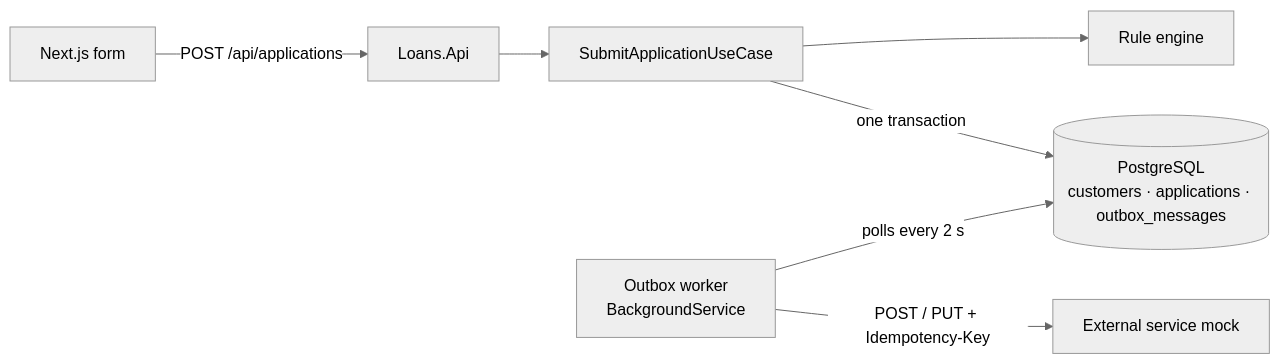
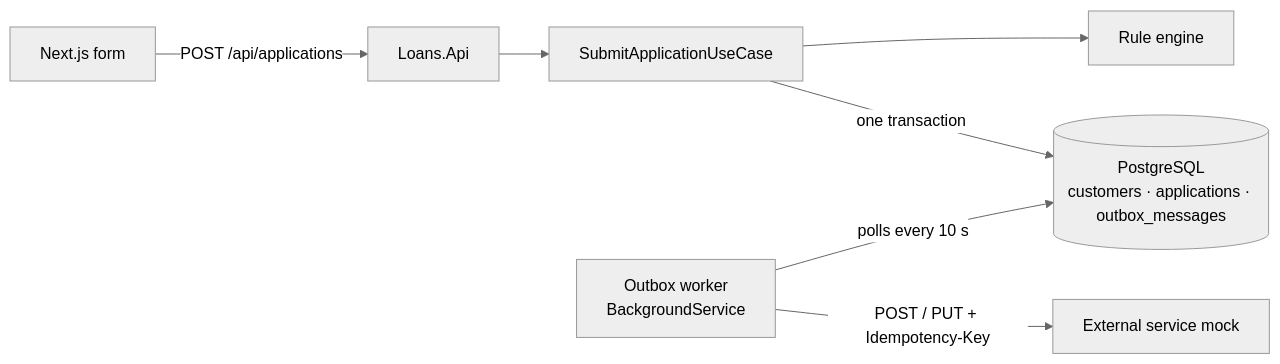
One commit to prkalvajr/loan-take-home-test changed the first of 2 diagrams in ARCHITECTURE.md. Above: the diagram before and after it, drawn with Mermaid (neutral theme). The commit also changed other lines of this file and 2 other files, not shown here.

Commit message:
Poll the outbox every 10 s so delivery can be watched in the demo

````diff
--- a/ARCHITECTURE.md
+++ b/ARCHITECTURE.md
@@ -20,9 +20,9 @@
 ```mermaid
 flowchart LR
     UI[Next.js form] -- POST /api/applications --> API[Loans.Api]
     API --> UC[SubmitApplicationUseCase]
     UC --> RE[Rule engine]
     UC -- one transaction --> DB[(PostgreSQL<br/>customers · applications · outbox_messages)]
-    W[Outbox worker<br/>BackgroundService] -- polls every 2 s --> DB
+    W[Outbox worker<br/>BackgroundService] -- polls every 10 s --> DB
     W -- POST / PUT + Idempotency-Key --> EXT[External service mock]
 ```
````
